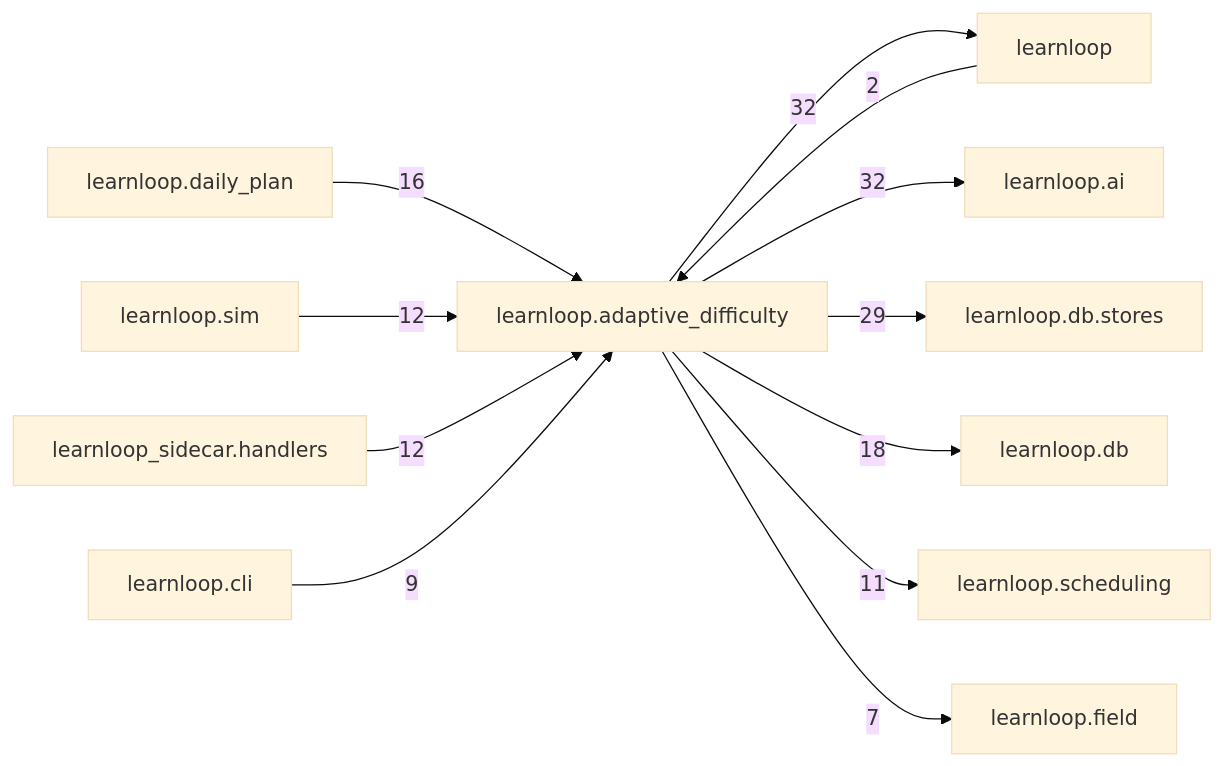
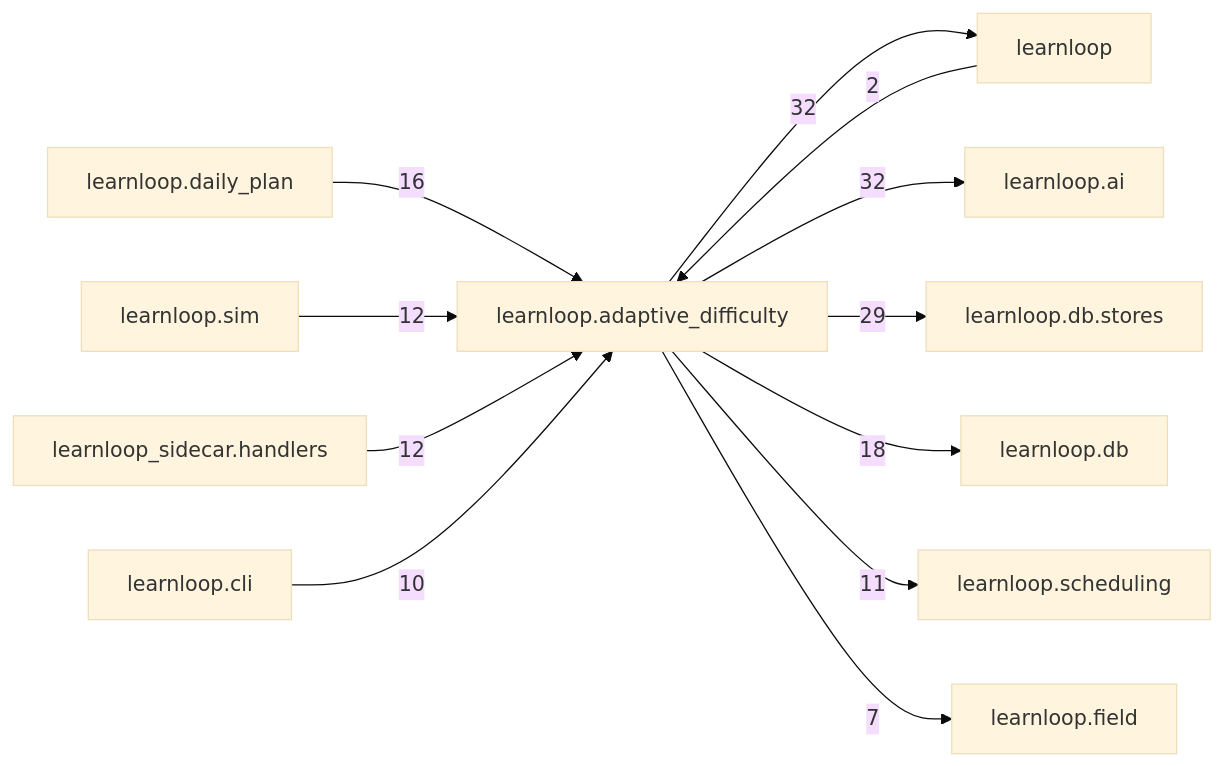
One commit to 6up-b/learnanything changed the diagram in docs/learnloop-architecture-vault/Reference/Modules/learnloop/adaptive_difficulty/_package.md. Above: the diagram before and after it, drawn with Mermaid (base theme). The commit also changed other lines of this file and 39 other files, not shown here.

````diff
--- a/docs/learnloop-architecture-vault/Reference/Modules/learnloop/adaptive_difficulty/_package.md
+++ b/docs/learnloop-architecture-vault/Reference/Modules/learnloop/adaptive_difficulty/_package.md
@@ -180,25 +180,25 @@
 ```mermaid
 flowchart LR
     center["learnloop.adaptive_difficulty"]
     n_learnloop["learnloop"]
     n_learnloop_ai["learnloop.ai"]
     n_learnloop_db_stores["learnloop.db.stores"]
     n_learnloop_db["learnloop.db"]
     n_learnloop_daily_plan["learnloop.daily_plan"]
     n_learnloop_sim["learnloop.sim"]
     n_learnloop_sidecar_handlers["learnloop_sidecar.handlers"]
     n_learnloop_scheduling["learnloop.scheduling"]
     n_learnloop_cli["learnloop.cli"]
     n_learnloop_field["learnloop.field"]
     n_learnloop -->|2| center
     center -->|32| n_learnloop
     center -->|32| n_learnloop_ai
     center -->|29| n_learnloop_db_stores
     center -->|18| n_learnloop_db
     n_learnloop_daily_plan -->|16| center
     n_learnloop_sim -->|12| center
     n_learnloop_sidecar_handlers -->|12| center
     center -->|11| n_learnloop_scheduling
-    n_learnloop_cli -->|9| center
+    n_learnloop_cli -->|10| center
     center -->|7| n_learnloop_field
 ```
````
